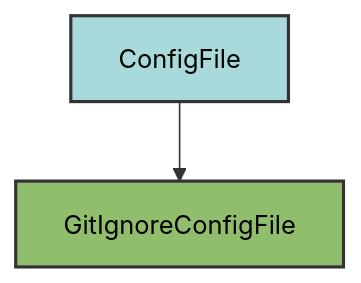
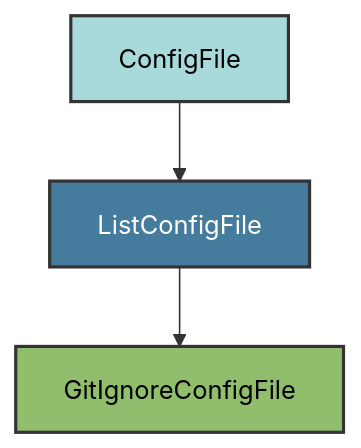
One commit to Winipedia/pyrig changed the diagram in docs/configs/gitignore.md. Above: the diagram before and after it, drawn with Mermaid. The commit also changed other lines of this file and 21 other files, not shown here.

````diff
--- a/docs/configs/gitignore.md
+++ b/docs/configs/gitignore.md
@@ -17,7 +17,9 @@
 ```mermaid
 graph TD
-    A[ConfigFile] --> B[GitIgnoreConfigFile]
+    A[ConfigFile] --> B[ListConfigFile]
+    B --> C[GitIgnoreConfigFile]
 
     style A fill:#a8dadc,stroke:#333,stroke-width:2px,color:#000
-    style B fill:#90be6d,stroke:#333,stroke-width:2px,color:#000
+    style B fill:#457b9d,stroke:#333,stroke-width:2px,color:#fff
+    style C fill:#90be6d,stroke:#333,stroke-width:2px,color:#000
 ```
````
